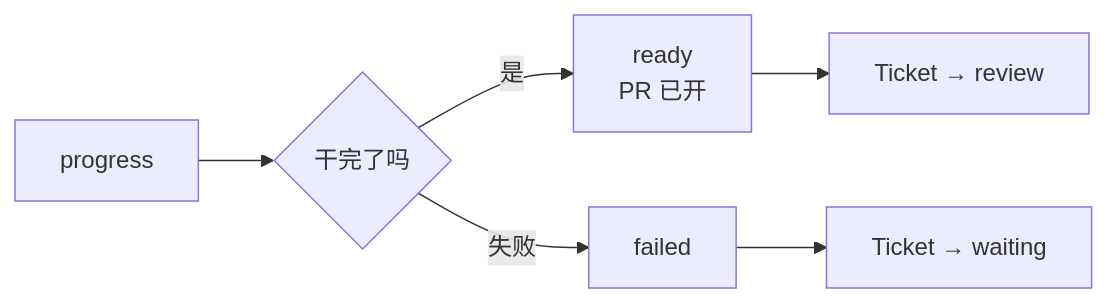
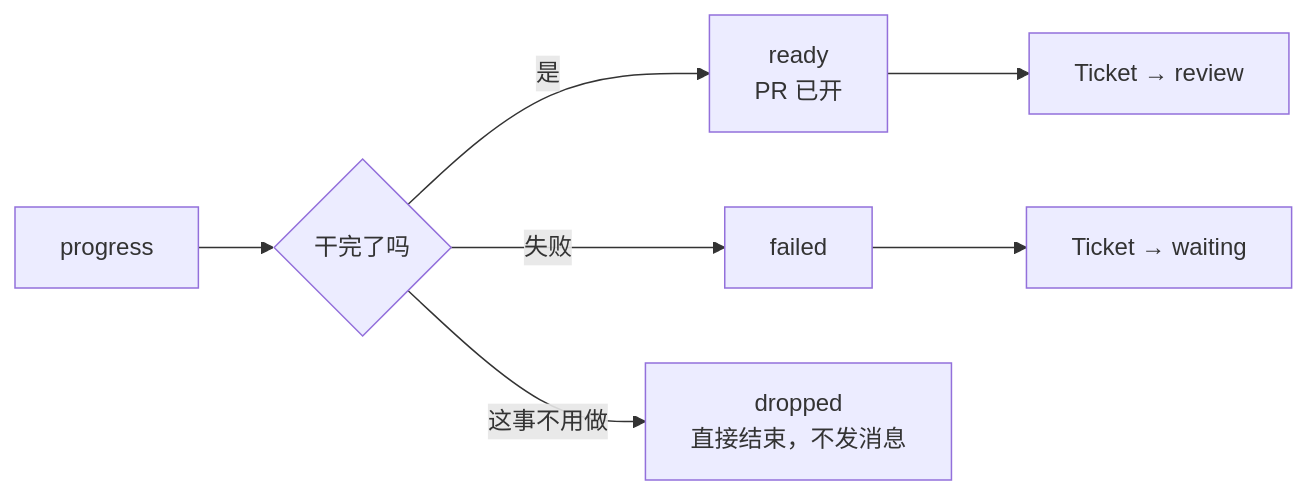
One commit to hairyf/dsh-nexus changed the sixth of 21 diagrams in docs/flow.md. Above: the diagram before and after it, drawn with Mermaid. The commit also changed other lines of this file and 14 other files, not shown here.

Commit message:
feat(schema, docs): 新增全局配置、投递追踪等核心功能及文档更新

````diff
--- a/docs/flow.md
+++ b/docs/flow.md
@@ -170,8 +170,9 @@
 ```mermaid
 flowchart LR
     P["progress"] --> R{"干完了吗"}
     R -->|是| READY["ready<br/>PR 已开"]
     R -->|失败| F["failed"]
+    R -->|"这事不用做"| D["dropped<br/>直接结束，不发消息"]
     READY --> T1["Ticket → review"]
     F --> T2["Ticket → waiting"]
 ```
````
